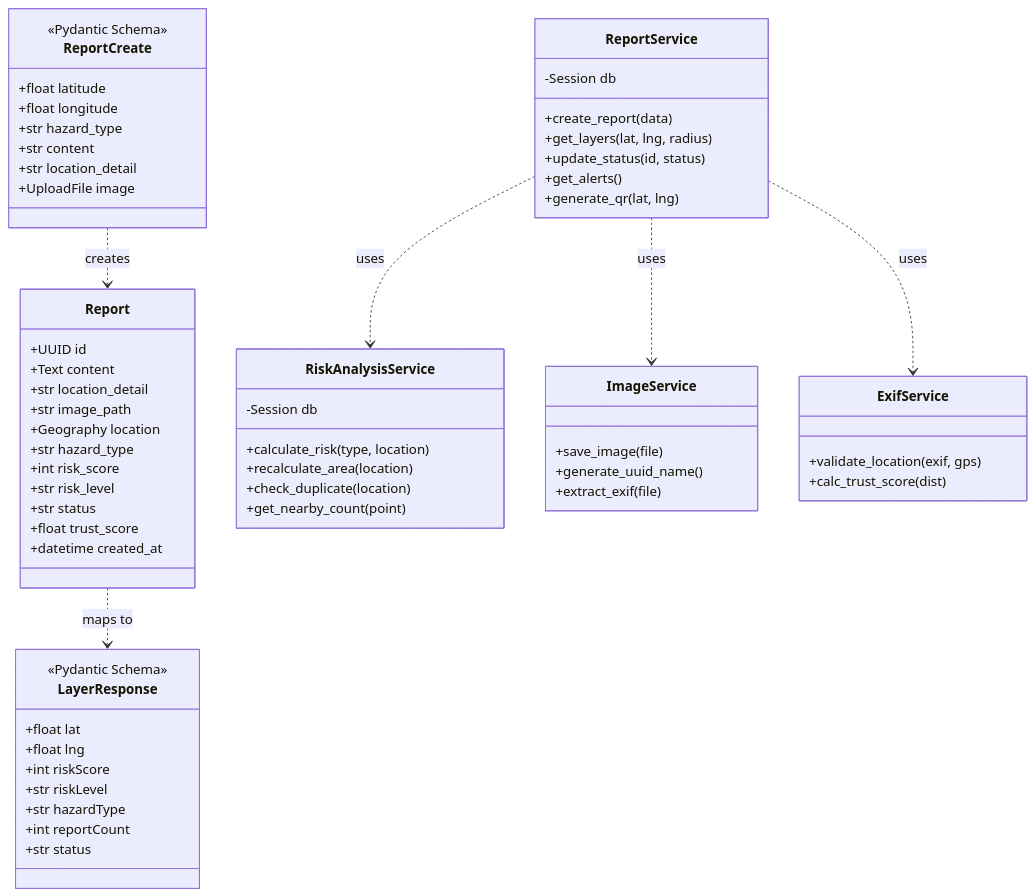
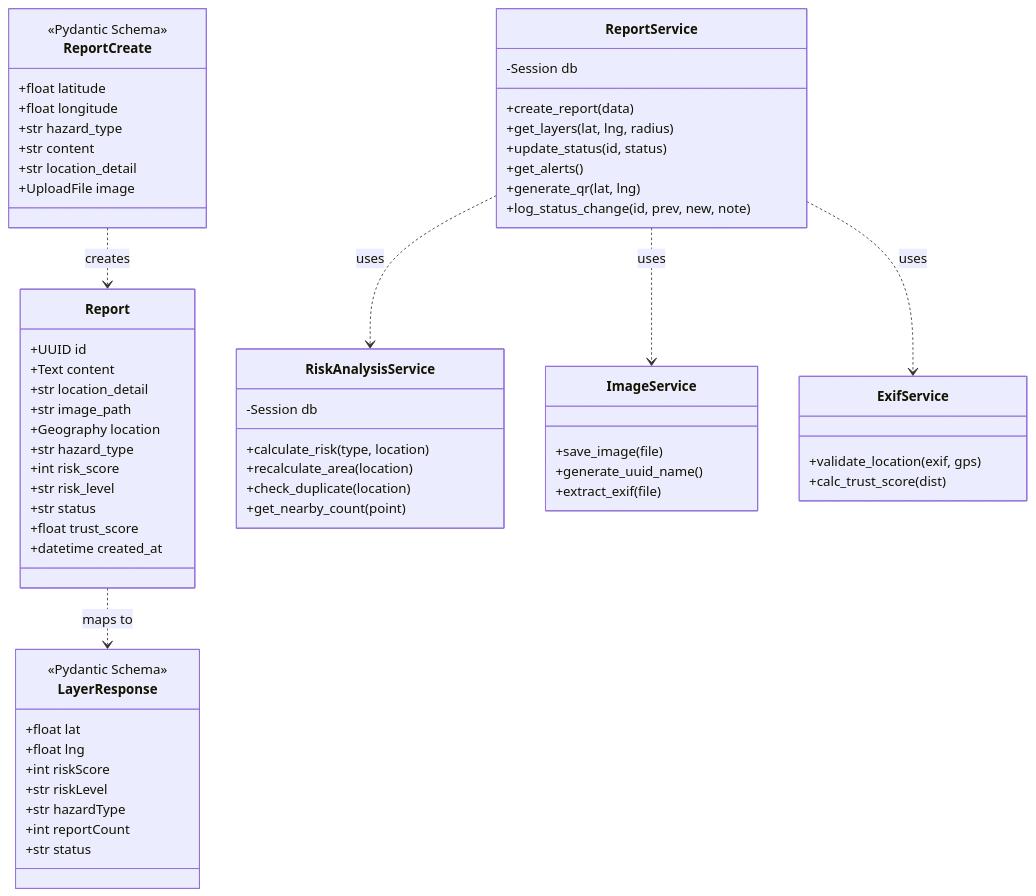
The fourth of 4 diagrams in docs/UML.md (Heinrich-Safety-Platform/heinrich-backend), drawn with Mermaid before and after one commit. The commit also changed 2 other files, not shown here.

Commit message:
docs: 상태 감사 추적(1:N) 테이블 반영 및 UML 클래스 다이어그램 동기화 완료 #2

````diff
--- a/docs/UML.md
+++ b/docs/UML.md
@@ -91,71 +91,72 @@
 ```mermaid
 classDiagram
     class Report {
         +UUID id
         +Text content
         +str location_detail
         +str image_path
         +Geography location
         +str hazard_type
         +int risk_score
         +str risk_level
         +str status
         +float trust_score
         +datetime created_at
     }
 
     class ReportCreate {
         <<Pydantic Schema>>
         +float latitude
         +float longitude
         +str hazard_type
         +str content
         +str location_detail
         +UploadFile image
     }
 
     class LayerResponse {
         <<Pydantic Schema>>
         +float lat
         +float lng
         +int riskScore
         +str riskLevel
         +str hazardType
         +int reportCount
         +str status
     }
 
     class RiskAnalysisService {
         -Session db
         +calculate_risk(type, location)
         +recalculate_area(location)
         +check_duplicate(location)
         +get_nearby_count(point)
     }
 
     class ImageService {
         +save_image(file)
         +generate_uuid_name()
         +extract_exif(file)
     }
 
     class ExifService {
         +validate_location(exif, gps)
         +calc_trust_score(dist)
     }
 
     class ReportService {
         -Session db
         +create_report(data)
         +get_layers(lat, lng, radius)
         +update_status(id, status)
         +get_alerts()
         +generate_qr(lat, lng)
+        +log_status_change(id, prev, new, note)
     }
 
     ReportService ..> RiskAnalysisService : uses
     ReportService ..> ImageService : uses
     ReportService ..> ExifService : uses
     ReportCreate ..> Report : creates
     Report ..> LayerResponse : maps to
 ```
````
